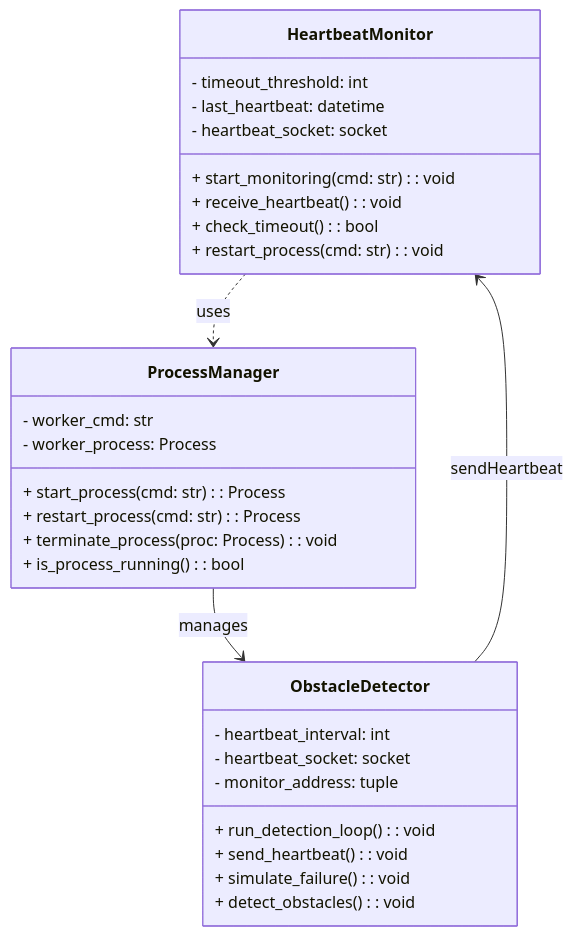
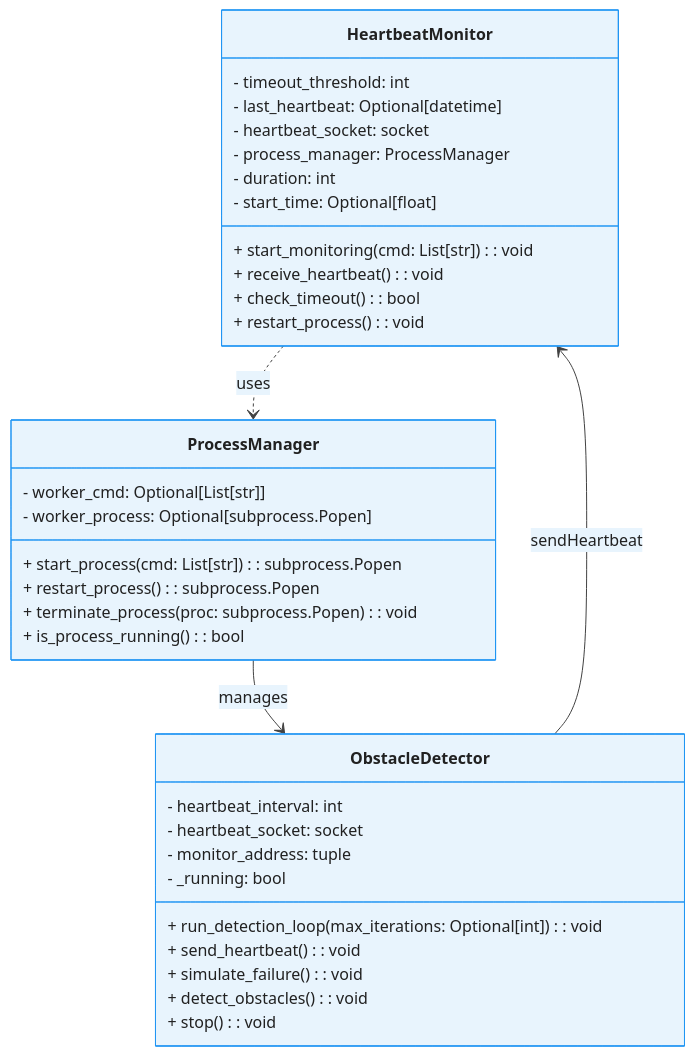
The diagram in docs/class.mermaid (ajbarea/heartbeat-obstacle-detector), drawn with Mermaid before and after one commit. The commit also changed 3 other files, not shown here.

Commit message:
Add CI workflow for testing, coverage, and SonarQube analysis; update README and diagrams for clarity and consistency

```diff
--- a/docs/class.mermaid
+++ b/docs/class.mermaid
@@ -1,33 +1,67 @@
+---
+config:
+  theme: 'base'
+  themeVariables:
+    primaryColor: '#E8F4FD'
+    primaryBorderColor: '#2196F3'
+    primaryTextColor: '#1565C0'
+    secondaryColor: '#F3E5F5'
+    secondaryBorderColor: '#9C27B0'
+    secondaryTextColor: '#6A1B9A'
+    tertiaryColor: '#E8F5E8'
+    tertiaryBorderColor: '#4CAF50'
+    tertiaryTextColor: '#2E7D32'
+    lineColor: '#424242'
+    background: '#FAFAFA'
+    textColor: '#212121'
+    nodeTextColor: '#1565C0'
+    edgeLabelBackground: '#FFFFFF'
+    clusterBkg: '#F5F5F5'
+    clusterBorder: '#BDBDBD'
+    fillType0: '#E3F2FD'
+    fillType1: '#F3E5F5'
+    fillType2: '#E8F5E8'
+    fillType3: '#FFF3E0'
+    fillType4: '#FCE4EC'
+    fillType5: '#F1F8E9'
+    fillType6: '#E0F2F1'
+    fillType7: '#FFF8E1'
+---
 classDiagram
     class HeartbeatMonitor {
         - timeout_threshold: int
-        - last_heartbeat: datetime
+        - last_heartbeat: Optional[datetime]
         - heartbeat_socket: socket
-        + start_monitoring(cmd: str): void
+        - process_manager: ProcessManager
+        - duration: int
+        - start_time: Optional[float]
+        + start_monitoring(cmd: List[str]): void
         + receive_heartbeat(): void
         + check_timeout(): bool
-        + restart_process(cmd: str): void
+        + restart_process(): void
     }
 
     class ProcessManager {
-        - worker_cmd: str
-        - worker_process: Process
-        + start_process(cmd: str): Process
-        + restart_process(cmd: str): Process
-        + terminate_process(proc: Process): void
+        - worker_cmd: Optional[List[str]]
+        - worker_process: Optional[subprocess.Popen]
+        + start_process(cmd: List[str]): subprocess.Popen
+        + restart_process(): subprocess.Popen
+        + terminate_process(proc: subprocess.Popen): void
         + is_process_running(): bool
     }
 
     class ObstacleDetector {
         - heartbeat_interval: int
         - heartbeat_socket: socket
         - monitor_address: tuple
-        + run_detection_loop(): void
+        - _running: bool
+        + run_detection_loop(max_iterations: Optional[int]): void
         + send_heartbeat(): void
         + simulate_failure(): void
         + detect_obstacles(): void
+        + stop(): void
     }
 
     HeartbeatMonitor ..> ProcessManager : uses
     ProcessManager --> ObstacleDetector : manages
     ObstacleDetector --> HeartbeatMonitor : sendHeartbeat
```
